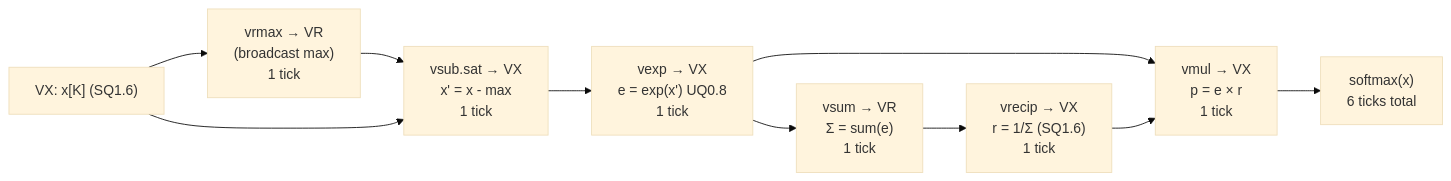
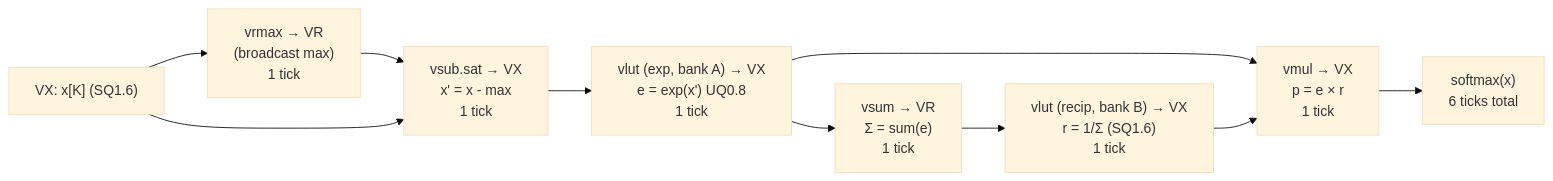
Before and after one commit to mpskex/chisel-npu: the third of 4 diagrams in docs/implementations/VectorALU.md, drawn with Mermaid (base theme). The commit also changed other lines of this file and 3 other files, not shown here.

````diff
--- a/docs/implementations/VectorALU.md
+++ b/docs/implementations/VectorALU.md
@@ -404,13 +422,13 @@
 ```mermaid
 flowchart LR
     X["VX: x[K] (SQ1.6)"]
     X --> A["vrmax → VR\n(broadcast max)\n1 tick"]
     A --> B
     X --> B["vsub.sat → VX\nx' = x - max\n1 tick"]
-    B --> C["vexp → VX\ne = exp(x') UQ0.8\n1 tick"]
+    B --> C["vlut (exp, bank A) → VX\ne = exp(x') UQ0.8\n1 tick"]
     C --> D["vsum → VR\nΣ = sum(e)\n1 tick"]
-    D --> E["vrecip → VX\nr = 1/Σ (SQ1.6)\n1 tick"]
+    D --> E["vlut (recip, bank B) → VX\nr = 1/Σ (SQ1.6)\n1 tick"]
     C --> F["vmul → VX\np = e × r\n1 tick"]
     E --> F
     F --> G["softmax(x)\n6 ticks total"]
 ```
````
